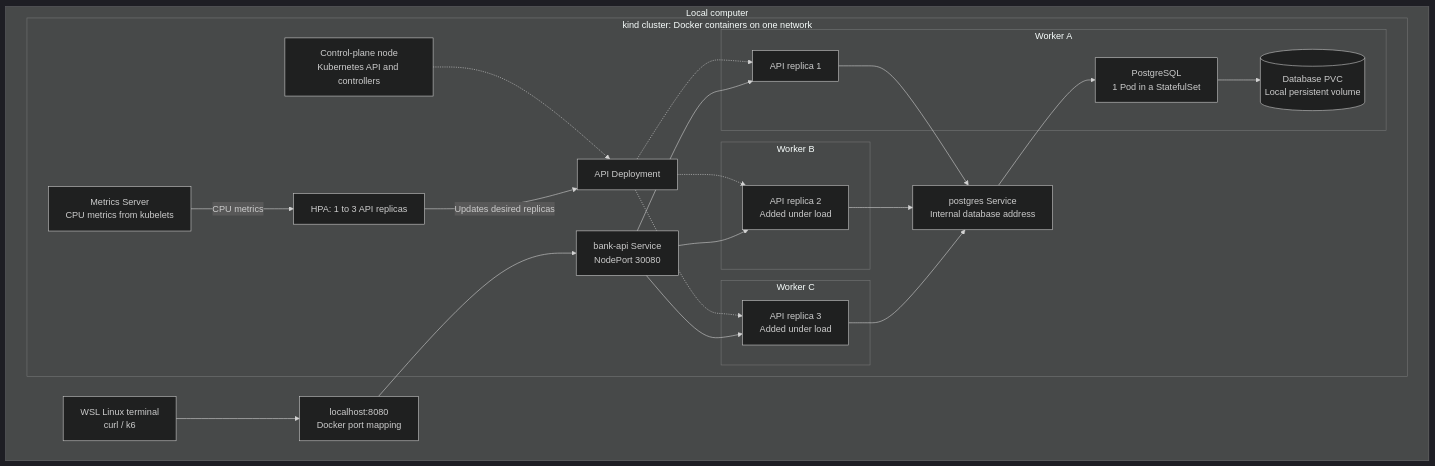
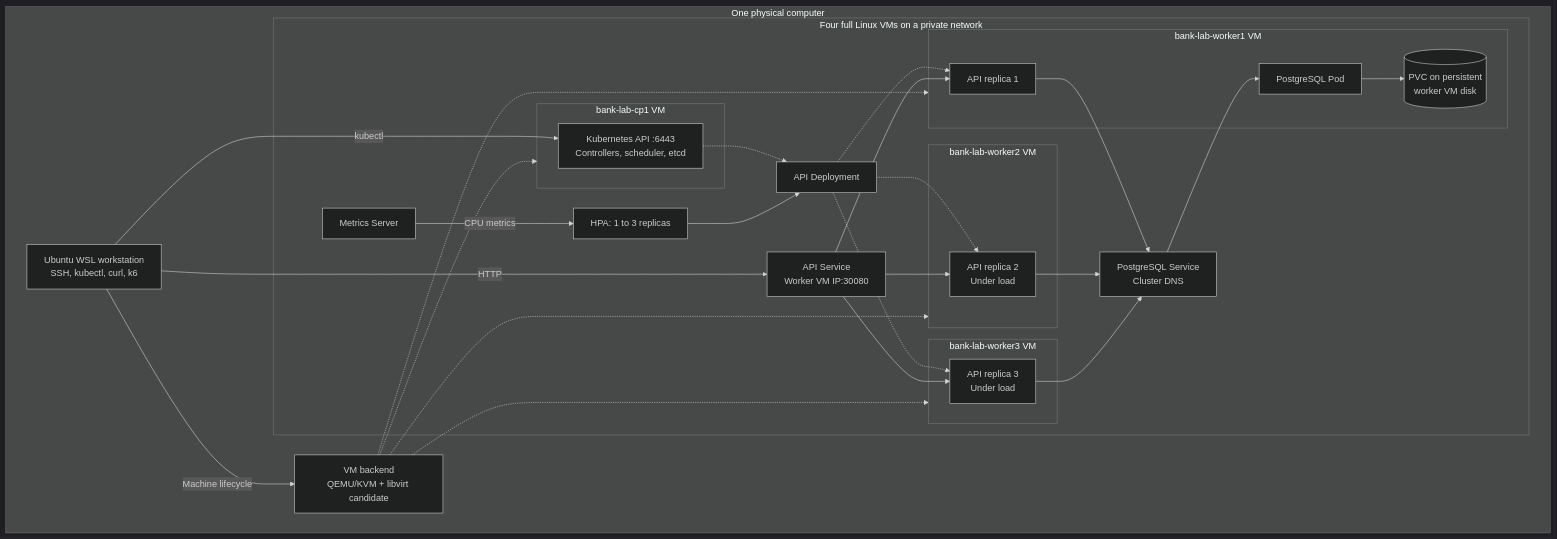
One commit to Adamko5/k8s_practice_rest changed the diagram in ARCHITECTURE.md. Above: the diagram before and after it, drawn with Mermaid (dark theme). The commit also changed other lines of this file and 16 other files, not shown here.

````diff
--- a/ARCHITECTURE.md
+++ b/ARCHITECTURE.md
@@ -1,48 +1,56 @@
 ```mermaid
 flowchart TB
-    subgraph HOST["Local computer"]
-        CLIENT["WSL Linux terminal<br/>curl / k6"]
-        PORT["localhost:8080<br/>Docker port mapping"]
+    subgraph HOST["One physical computer"]
+        OP["Ubuntu WSL workstation<br/>SSH, kubectl, curl, k6"]
+        VIRT["VM backend<br/>QEMU/KVM + libvirt candidate"]
 
-        subgraph CLUSTER["kind cluster: Docker containers on one network"]
-            CONTROL["Control-plane node<br/>Kubernetes API and controllers"]
-            DEPLOY["API Deployment"]
-            HPA["HPA: 1 to 3 API replicas"]
-            METRICS["Metrics Server<br/>CPU metrics from kubelets"]
-            SERVICE["bank-api Service<br/>NodePort 30080"]
-            DBSERVICE["postgres Service<br/>Internal database address"]
-
-            subgraph A["Worker A"]
-                API1["API replica 1"]
-                DB["PostgreSQL<br/>1 Pod in a StatefulSet"]
-                DATA[("Database PVC<br/>Local persistent volume")]
+        subgraph CLUSTER["Four full Linux VMs on a private network"]
+            subgraph CP["bank-lab-cp1 VM"]
+                CONTROL["Kubernetes API :6443<br/>Controllers, scheduler, etcd"]
             end
 
-            subgraph B["Worker B"]
-                API2["API replica 2<br/>Added under load"]
+            SERVICE["API Service<br/>Worker VM IP:30080"]
+            DEPLOY["API Deployment"]
+            HPA["HPA: 1 to 3 replicas"]
+            METRICS["Metrics Server"]
+            DBSERVICE["PostgreSQL Service<br/>Cluster DNS"]
+
+            subgraph W1["bank-lab-worker1 VM"]
+                API1["API replica 1"]
+                DB["PostgreSQL Pod"]
+                DATA[("PVC on persistent<br/>worker VM disk")]
             end
 
-            subgraph C["Worker C"]
-                API3["API replica 3<br/>Added under load"]
+            subgraph W2["bank-lab-worker2 VM"]
+                API2["API replica 2<br/>Under load"]
+            end
+
+            subgraph W3["bank-lab-worker3 VM"]
+                API3["API replica 3<br/>Under load"]
             end
 
             CONTROL -.-> DEPLOY
             METRICS -->|CPU metrics| HPA
-            HPA -->|Updates desired replicas| DEPLOY
+            HPA --> DEPLOY
             DEPLOY -.-> API1
             DEPLOY -.-> API2
             DEPLOY -.-> API3
             SERVICE --> API1
             SERVICE --> API2
             SERVICE --> API3
             API1 --> DBSERVICE
             API2 --> DBSERVICE
             API3 --> DBSERVICE
             DBSERVICE --> DB
             DB --> DATA
         end
 
-        CLIENT --> PORT
-        PORT --> SERVICE
+        OP -->|Machine lifecycle| VIRT
+        VIRT -.-> CP
+        VIRT -.-> W1
+        VIRT -.-> W2
+        VIRT -.-> W3
+        OP -->|kubectl| CONTROL
+        OP -->|HTTP| SERVICE
     end
 ```
````
